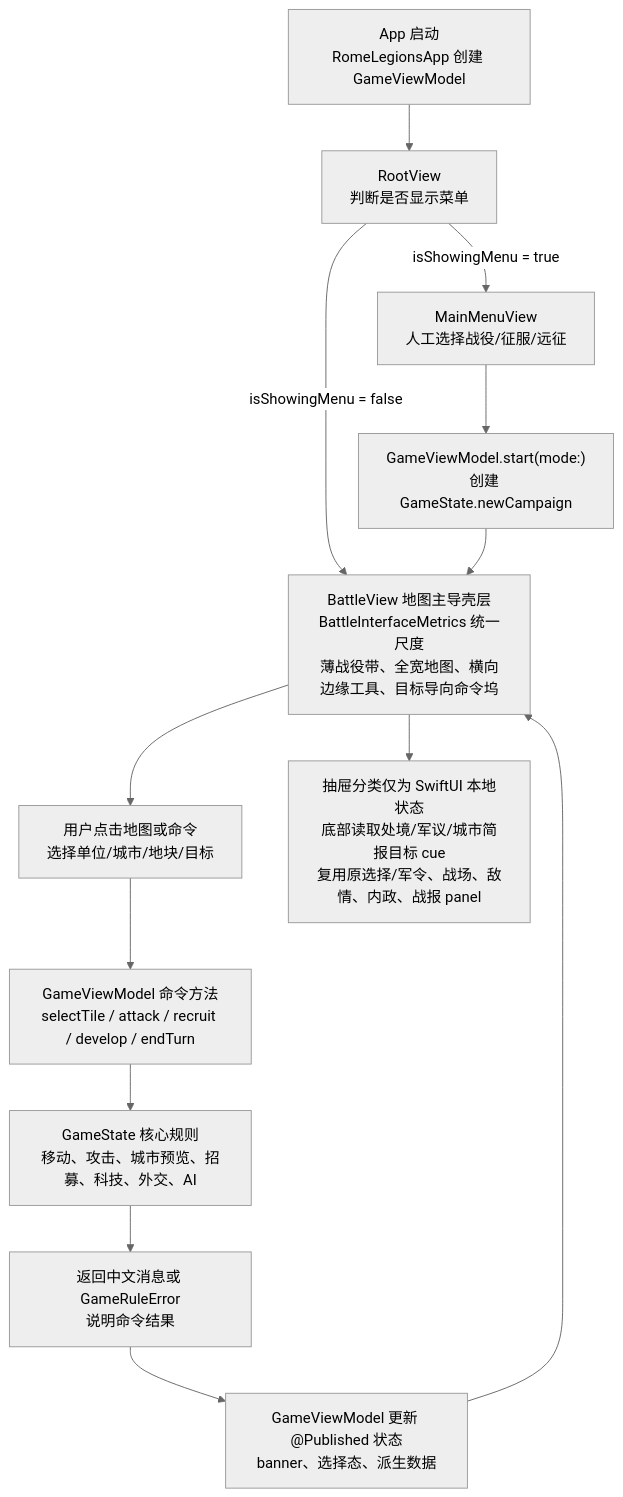
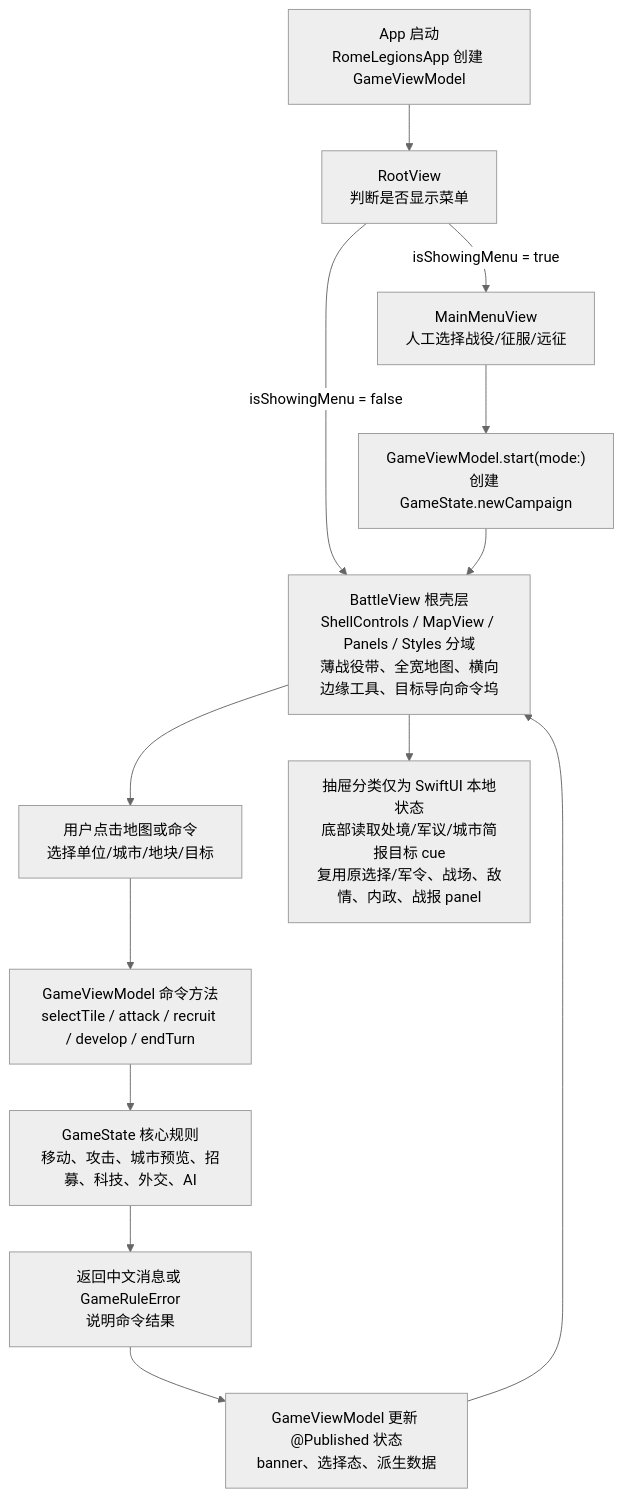
Before and after one commit to Altman-sam114/119: the first of 7 diagrams in md/flow/flowchart.md, drawn with Mermaid (neutral theme). The commit also changed 15 other files, not shown here.

Commit message:
refactor(ui): split battle view modules

````diff
--- a/md/flow/flowchart.md
+++ b/md/flow/flowchart.md
@@ -9,15 +9,15 @@
 ```mermaid
 flowchart TD
     A["App 启动<br/>RomeLegionsApp 创建 GameViewModel"] --> B["RootView<br/>判断是否显示菜单"]
     B -->|isShowingMenu = true| C["MainMenuView<br/>人工选择战役/征服/远征"]
     C --> D["GameViewModel.start(mode:)<br/>创建 GameState.newCampaign"]
-    B -->|isShowingMenu = false| E["BattleView 地图主导壳层<br/>BattleInterfaceMetrics 统一尺度<br/>薄战役带、全宽地图、横向边缘工具、目标导向命令坞"]
+    B -->|isShowingMenu = false| E["BattleView 根壳层<br/>ShellControls / MapView / Panels / Styles 分域<br/>薄战役带、全宽地图、横向边缘工具、目标导向命令坞"]
     D --> E
     E --> F["用户点击地图或命令<br/>选择单位/城市/地块/目标"]
     F --> G["GameViewModel 命令方法<br/>selectTile / attack / recruit / develop / endTurn"]
     G --> H["GameState 核心规则<br/>移动、攻击、城市预览、招募、科技、外交、AI"]
     H --> I["返回中文消息或 GameRuleError<br/>说明命令结果"]
     I --> J["GameViewModel 更新 @Published 状态<br/>banner、选择态、派生数据"]
     J --> E
     E --> K["抽屉分类仅为 SwiftUI 本地状态<br/>底部读取处境/军议/城市简报目标 cue<br/>复用原选择/军令、战场、敌情、内政、战报 panel"]
 ```
````
